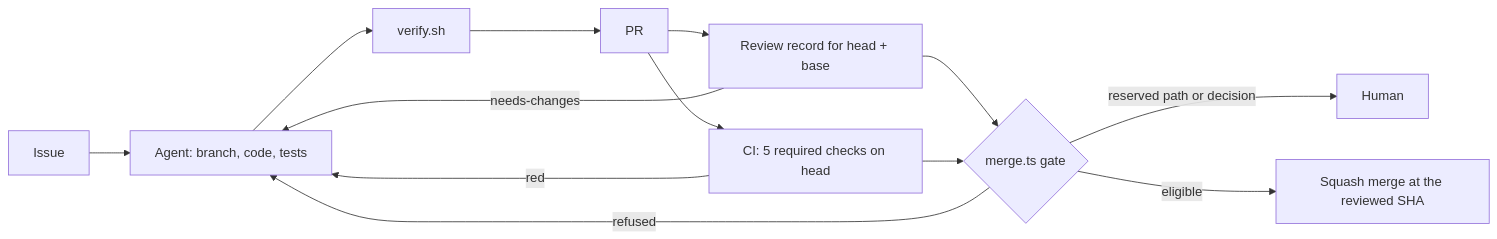
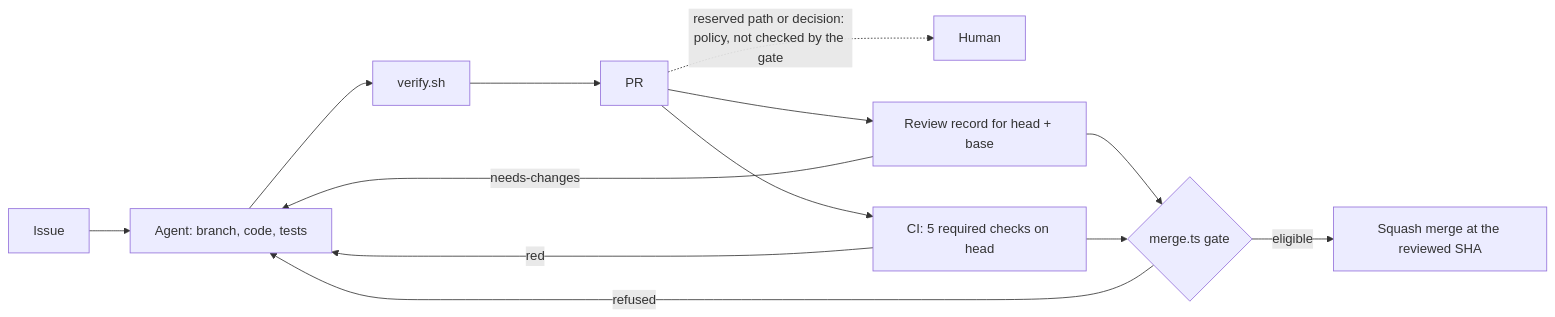
One commit to gymcoach-app/gymcoach changed the diagram in docs/loops/evidence.md. Above: the diagram before and after it, drawn with Mermaid. The commit also changed other lines of this file, not shown here.

````diff
--- a/docs/loops/evidence.md
+++ b/docs/loops/evidence.md
@@ -30,14 +30,14 @@
 ```mermaid
 flowchart LR
     I[Issue] --> D[Agent: branch, code, tests]
     D --> V[verify.sh]
     V --> P[PR]
+    P -.->|reserved path or decision: policy, not checked by the gate| H[Human]
     P --> R[Review record for head + base]
     P --> C[CI: 5 required checks on head]
     R -->|needs-changes| D
     C -->|red| D
     R & C --> G{merge.ts gate}
     G -->|refused| D
-    G -->|reserved path or decision| H[Human]
     G -->|eligible| M[Squash merge at the reviewed SHA]
 ```
````
